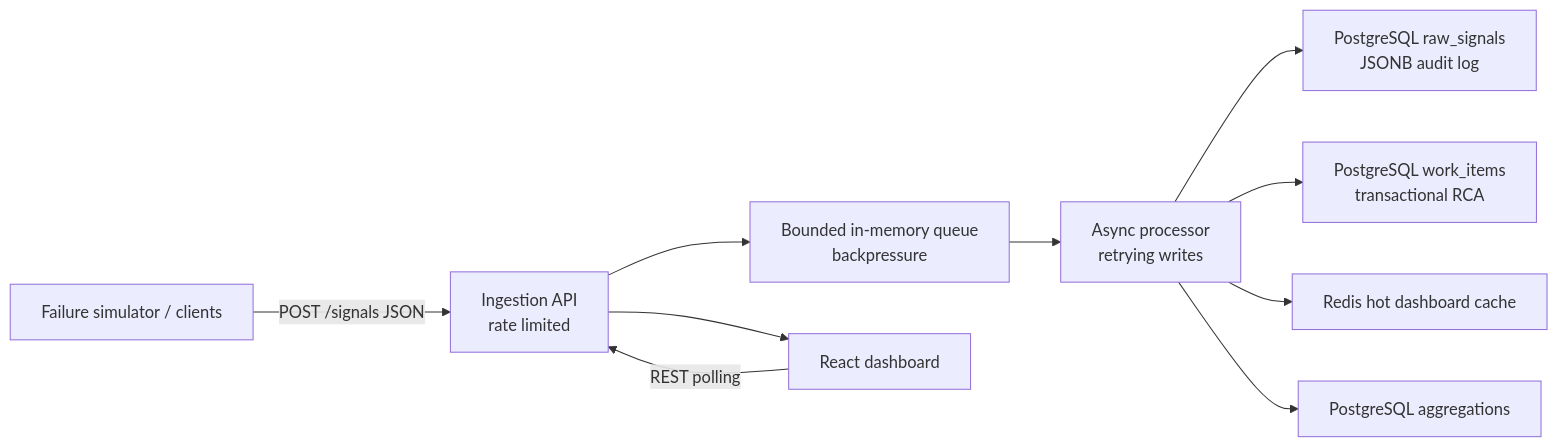
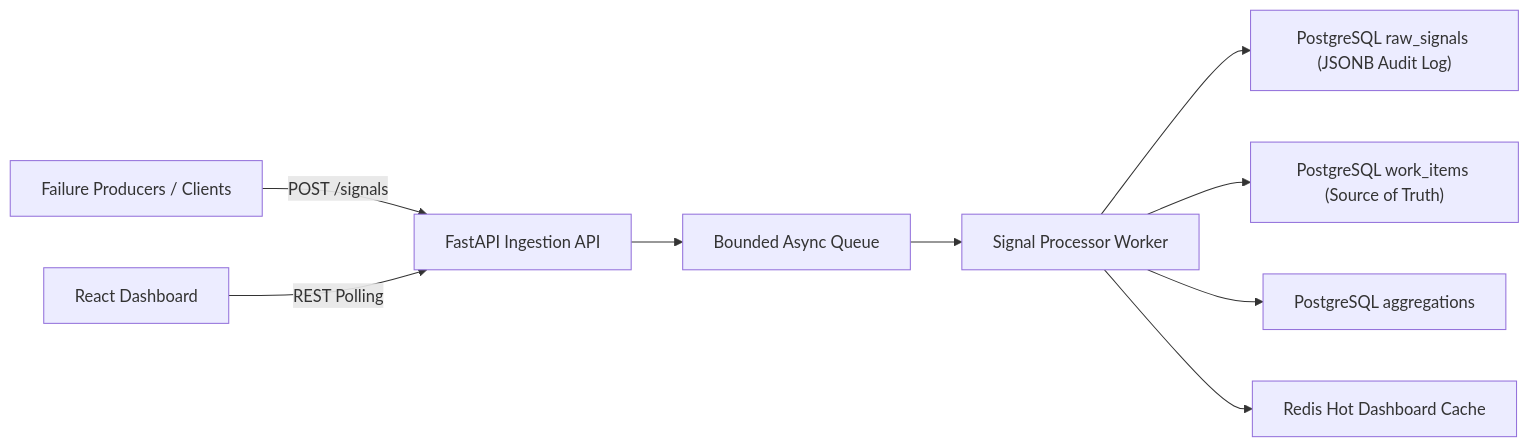
One commit to Chitransh1011/zeotap-incident-management-system changed the diagram in README.md. Above: the diagram before and after it, drawn with Mermaid. The commit also changed other lines of this file and 15 other files, not shown here.

Commit message:
Finalize Zeotap IMS assignment submission with production-ready architecture, docs, and deployment setup

````diff
--- a/README.md
+++ b/README.md
@@ -9,12 +46,15 @@
 ```mermaid
 flowchart LR
-    Producer["Failure simulator / clients"] -->|"POST /signals JSON"| API["Ingestion API\nrate limited"]
-    API --> Queue["Bounded in-memory queue\nbackpressure"]
-    Queue --> Worker["Async processor\nretrying writes"]
-    Worker --> Raw["PostgreSQL raw_signals\nJSONB audit log"]
-    Worker --> Truth["PostgreSQL work_items\ntransactional RCA"]
-    Worker --> Hot["Redis hot dashboard cache"]
+    Producer["Failure Producers / Clients"]
+        -->|"POST /signals"| API["FastAPI Ingestion API"]
+
+    API --> Queue["Bounded Async Queue"]
+    Queue --> Worker["Signal Processor Worker"]
+
+    Worker --> Raw["PostgreSQL raw_signals (JSONB Audit Log)"]
+    Worker --> Truth["PostgreSQL work_items (Source of Truth)"]
     Worker --> Agg["PostgreSQL aggregations"]
-    UI["React dashboard"] -->|"REST polling"| API
-    API --> UI
+    Worker --> Cache["Redis Hot Dashboard Cache"]
+
+    UI["React Dashboard"] -->|"REST Polling"| API
 ```
````
